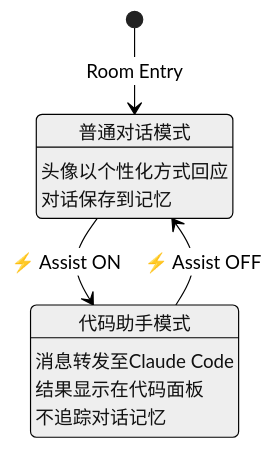
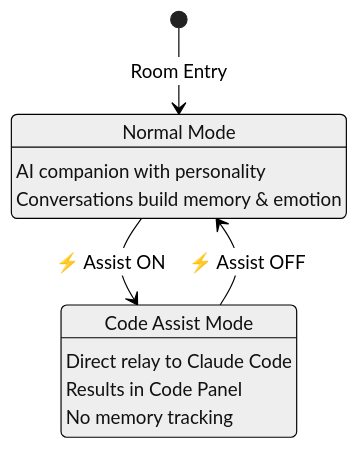
The third of 7 diagrams in docs/README_ZH.md (nskit-io/nvatar-code-assist), drawn with Mermaid (neutral theme) before and after one commit. The commit also changed other lines of this file and 3 other files, not shown here.

````diff
--- a/docs/README_ZH.md
+++ b/docs/README_ZH.md
@@ -111,15 +88,15 @@
 ```mermaid
 stateDiagram-v2
     [*] --> NormalMode: Room Entry
     NormalMode --> AssistMode: ⚡ Assist ON
     AssistMode --> NormalMode: ⚡ Assist OFF
 
-    NormalMode: 普通对话模式
-    NormalMode: 头像以个性化方式回应
-    NormalMode: 对话保存到记忆
+    NormalMode: Normal Mode
+    NormalMode: AI companion with personality
+    NormalMode: Conversations build memory & emotion
 
-    AssistMode: 代码助手模式
-    AssistMode: 消息转发至Claude Code
-    AssistMode: 结果显示在代码面板
-    AssistMode: 不追踪对话记忆
+    AssistMode: Code Assist Mode
+    AssistMode: Direct relay to Claude Code
+    AssistMode: Results in Code Panel
+    AssistMode: No memory tracking
 ```
````
